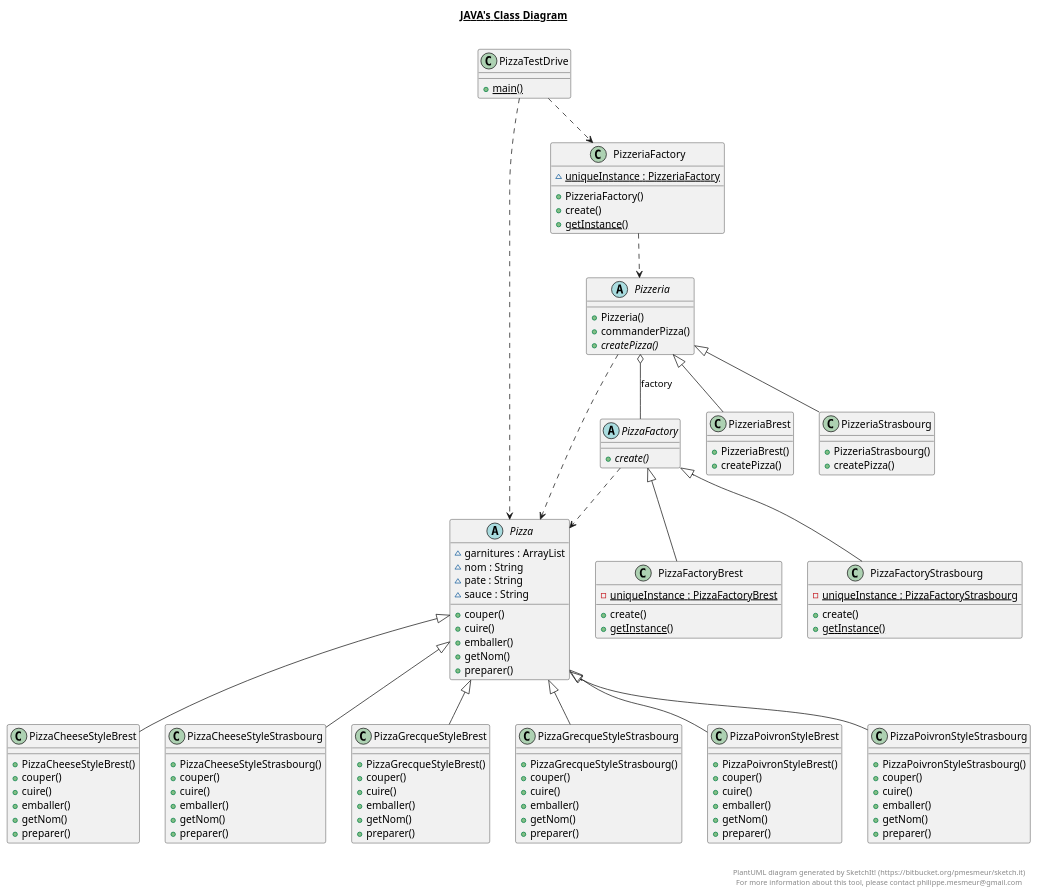
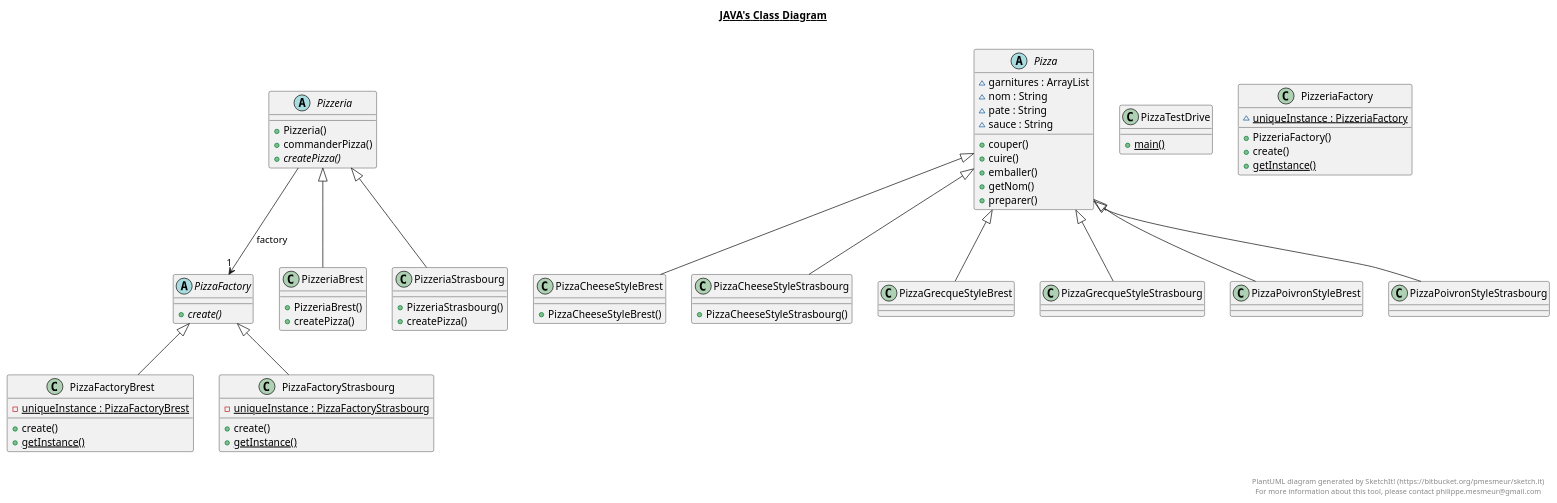
The diagram in docs/TP3.plantuml (IUT-Blagnac/cpoa-tp3-Karlitau), drawn with PlantUML before and after one commit. The commit also changed 2 other files, not shown here.

```diff
--- a/docs/TP3.plantuml
+++ b/docs/TP3.plantuml
@@ -1,183 +1,137 @@
 @startuml
 
 title __JAVA's Class Diagram__\n
 
 
     abstract class Pizza {
         ~ garnitures : ArrayList
         ~ nom : String
         ~ pate : String
         ~ sauce : String
         + couper()
         + cuire()
         + emballer()
         + getNom()
         + preparer()
     }
 
+  
 
 
     class PizzaCheeseStyleBrest {
         + PizzaCheeseStyleBrest()
-        + couper()
-        + cuire()
-        + emballer()
-        + getNom()
-        + preparer()
     }
 
-
-
+  
 
     class PizzaCheeseStyleStrasbourg {
         + PizzaCheeseStyleStrasbourg()
-        + couper()
-        + cuire()
-        + emballer()
-        + getNom()
-        + preparer()
     }
 
-
-
+  
 
     abstract class PizzaFactory {
         {abstract} + create()
     }
-
-
 
 
     class PizzaFactoryBrest {
         {static} - uniqueInstance : PizzaFactoryBrest
         + create()
         {static} + getInstance()
     }
 
-
+  
 
 
     class PizzaFactoryStrasbourg {
         {static} - uniqueInstance : PizzaFactoryStrasbourg
         + create()
         {static} + getInstance()
     }
 
-
+  
 
 
     class PizzaGrecqueStyleBrest {
-        + PizzaGrecqueStyleBrest()
-        + couper()
-        + cuire()
-        + emballer()
-        + getNom()
-        + preparer()
     }
 
-
+  
 
 
     class PizzaGrecqueStyleStrasbourg {
-        + PizzaGrecqueStyleStrasbourg()
-        + couper()
-        + cuire()
-        + emballer()
-        + getNom()
-        + preparer()
     }
 
-
-
+  
 
     class PizzaPoivronStyleBrest {
-        + PizzaPoivronStyleBrest()
-        + couper()
-        + cuire()
-        + emballer()
-        + getNom()
-        + preparer()
     }
 
-
+  
 
 
     class PizzaPoivronStyleStrasbourg {
-        + PizzaPoivronStyleStrasbourg()
-        + couper()
-        + cuire()
-        + emballer()
-        + getNom()
-        + preparer()
     }
 
-
-
+  
 
     class PizzaTestDrive {
         {static} + main()
     }
 
-
-
+  
 
     abstract class Pizzeria {
         + Pizzeria()
         + commanderPizza()
         {abstract} + createPizza()
     }
 
-
+  
 
 
     class PizzeriaBrest {
         + PizzeriaBrest()
         + createPizza()
     }
 
-
+  
 
 
     class PizzeriaFactory {
         {static} ~ uniqueInstance : PizzeriaFactory
         + PizzeriaFactory()
         + create()
         {static} + getInstance()
     }
 
 
-
-
     class PizzeriaStrasbourg {
         + PizzeriaStrasbourg()
         + createPizza()
     }
 
-
+  
 
   PizzaCheeseStyleBrest -up-|> Pizza
   PizzaCheeseStyleStrasbourg -up-|> Pizza
   PizzaFactoryBrest -up-|> PizzaFactory
   PizzaFactoryStrasbourg -up-|> PizzaFactory
   PizzaGrecqueStyleBrest -up-|> Pizza
   PizzaGrecqueStyleStrasbourg -up-|> Pizza
   PizzaPoivronStyleBrest -up-|> Pizza
   PizzaPoivronStyleStrasbourg -up-|> Pizza
-  Pizzeria o-- PizzaFactory : factory
+  Pizzeria -->"1" PizzaFactory : factory
   PizzeriaBrest -up-|> Pizzeria
   PizzeriaStrasbourg -up-|> Pizzeria
-  Pizzeria ..> Pizza
-  PizzaFactory ..> Pizza
-  PizzeriaFactory ..> Pizzeria
-  PizzaTestDrive ..> PizzeriaFactory
-  PizzaTestDrive ..> Pizza
+
 
 
 right footer
 
 
 PlantUML diagram generated by SketchIt! (https://bitbucket.org/pmesmeur/sketch.it)
 For more information about this tool, please contact philippe.mesmeur@gmail.com
 endfooter
 
 @enduml
```
